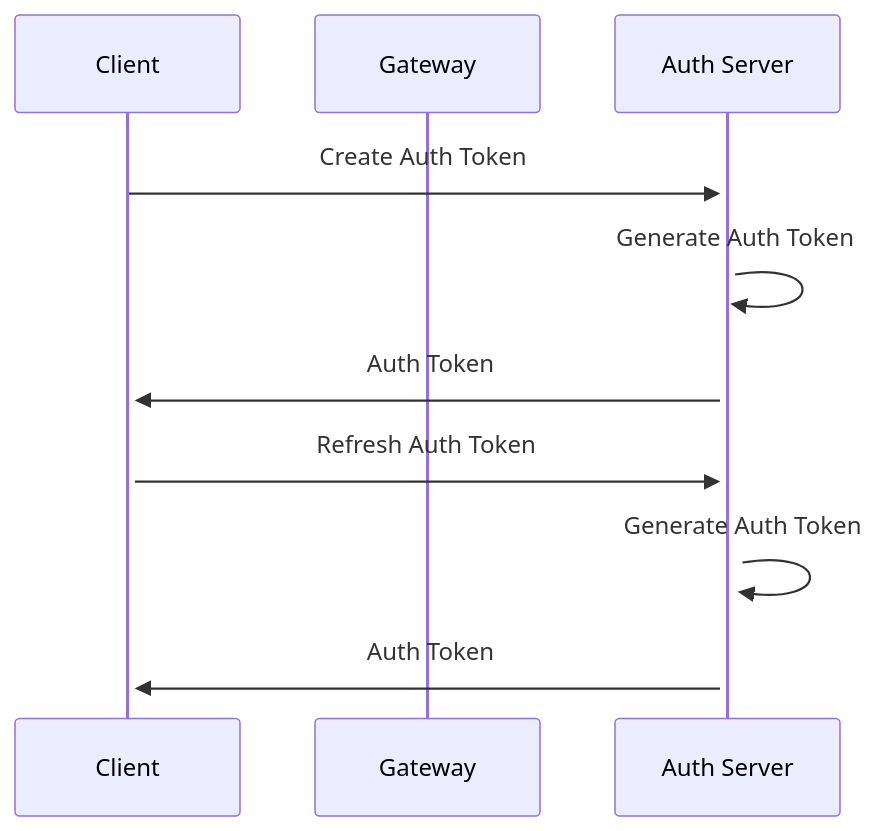
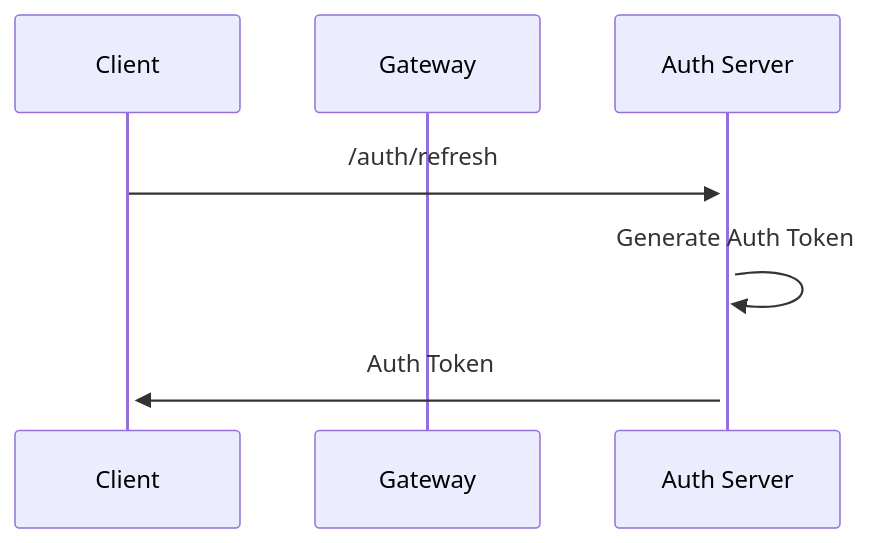
The second of 2 diagrams in auth-service/README.md (MuscatLab/bob-backend), drawn with Mermaid before and after one commit. The commit also changed other lines of this file, not shown here.

````diff
--- a/auth-service/README.md
+++ b/auth-service/README.md
@@ -25,12 +40,9 @@
 ```mermaid
 sequenceDiagram
     participant C as Client
     participant GW as Gateway
     participant AS as Auth Server
-    C->>+AS: Create Auth Token
-    AS->>AS: Generate Auth Token
-    AS->>+C: Auth Token
-    C->>+AS: Refresh Auth Token
-    AS->>AS: Generate Auth Token
-    AS->>+C: Auth Token
+    C ->>+ AS: /auth/refresh
+    AS ->> AS: Generate Auth Token
+    AS ->>+ C: Auth Token
 ```
````
